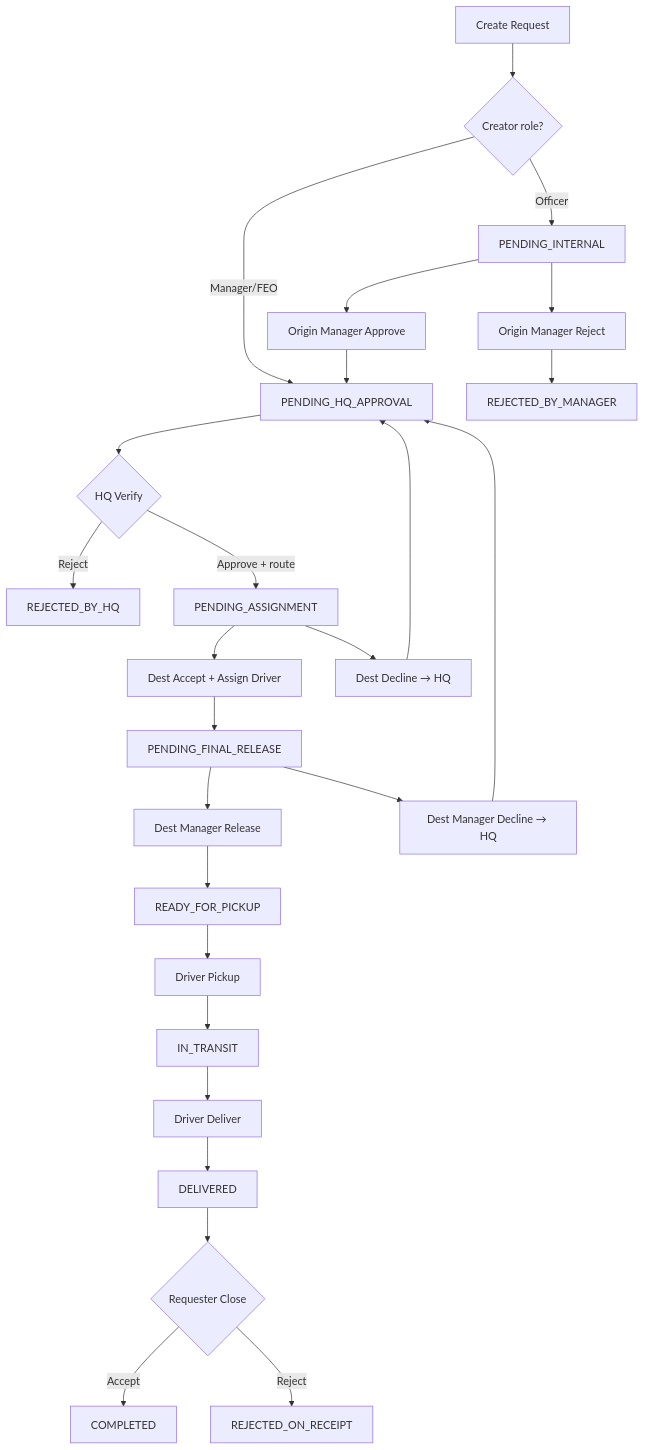
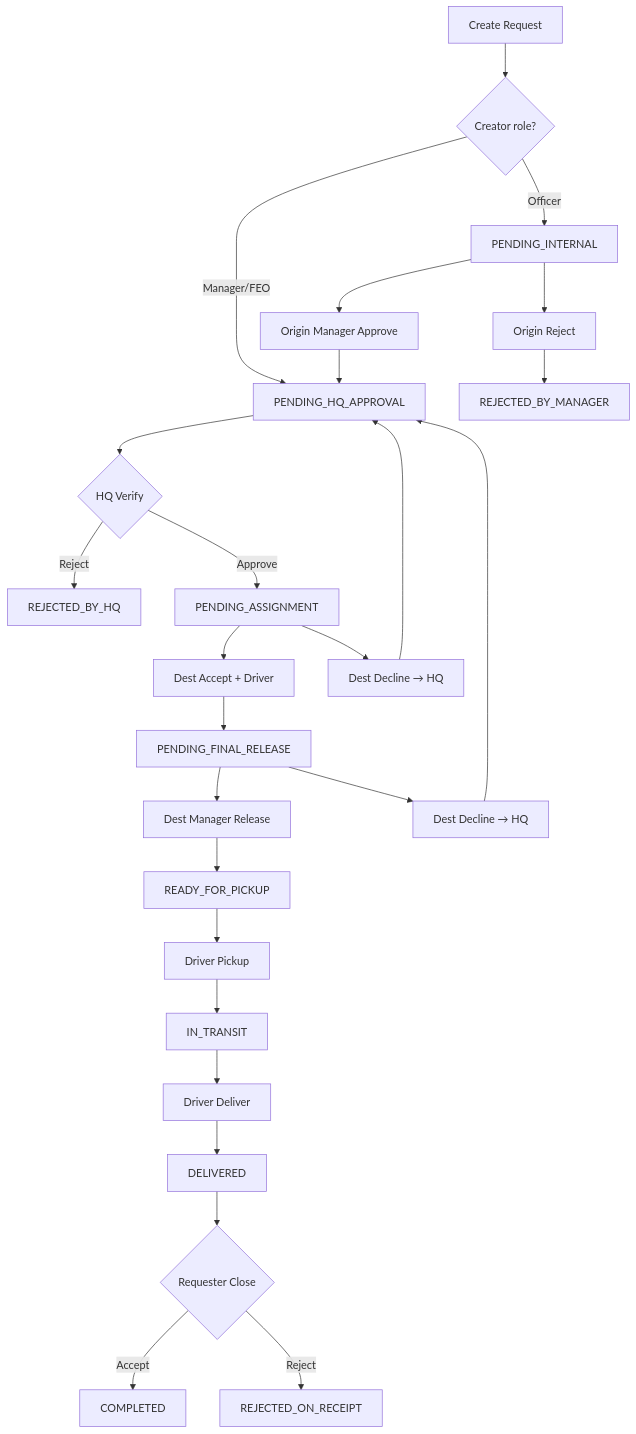
The diagram in PROJECT_OVERVIEW.md (jawadur13/BranchSync), drawn with Mermaid before and after one commit. The commit also changed other lines of this file and 2 other files, not shown here.

````diff
--- a/PROJECT_OVERVIEW.md
+++ b/PROJECT_OVERVIEW.md
@@ -193,28 +204,28 @@
 ```mermaid
 flowchart TD
     A[Create Request] --> B{Creator role?}
     B -->|Officer| C[PENDING_INTERNAL]
     B -->|Manager/FEO| D[PENDING_HQ_APPROVAL]
     C --> E[Origin Manager Approve]
-    C --> F[Origin Manager Reject]
+    C --> F[Origin Reject]
     E --> D
     F --> Z1[REJECTED_BY_MANAGER]
     D --> G{HQ Verify}
     G -->|Reject| Z2[REJECTED_BY_HQ]
-    G -->|Approve + route| H[PENDING_ASSIGNMENT]
-    H --> I[Dest Accept + Assign Driver]
+    G -->|Approve| H[PENDING_ASSIGNMENT]
+    H --> I[Dest Accept + Driver]
     H --> J[Dest Decline → HQ]
     J --> D
     I --> K[PENDING_FINAL_RELEASE]
     K --> L[Dest Manager Release]
-    K --> M[Dest Manager Decline → HQ]
+    K --> M[Dest Decline → HQ]
     M --> D
     L --> N[READY_FOR_PICKUP]
     N --> O[Driver Pickup]
     O --> P[IN_TRANSIT]
     P --> Q[Driver Deliver]
     Q --> R[DELIVERED]
     R --> S{Requester Close}
     S -->|Accept| T[COMPLETED]
     S -->|Reject| U[REJECTED_ON_RECEIPT]
 ```
````
